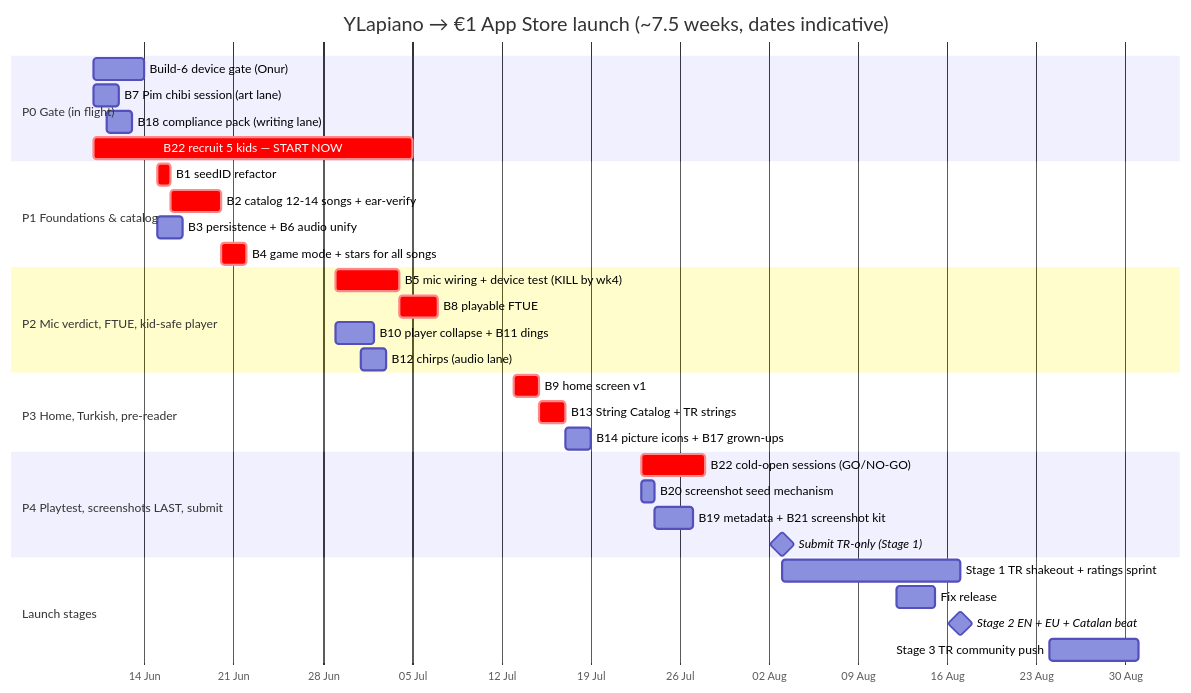
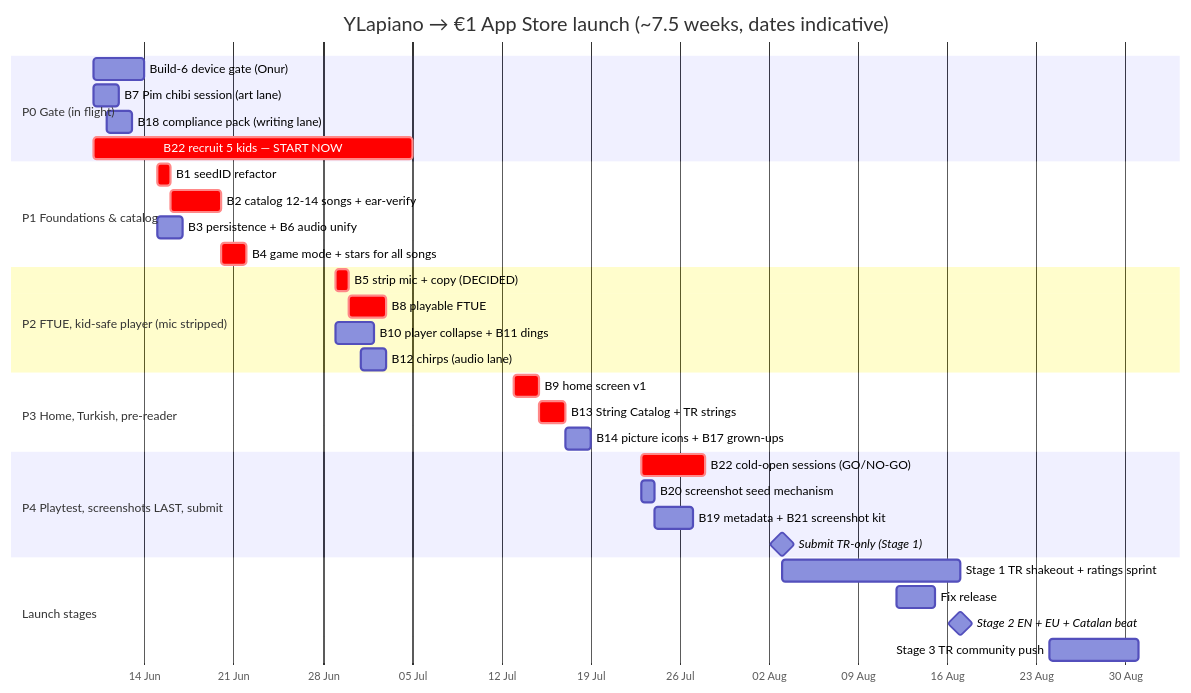
The diagram in product/roadmap.md (jnuo/Ylapiano), drawn with Mermaid before and after one commit. The commit also changed other lines of this file and 10 other files, not shown here.

````diff
--- a/product/roadmap.md
+++ b/product/roadmap.md
@@ -74,41 +78,41 @@
 ```mermaid
 gantt
     title YLapiano → €1 App Store launch (~7.5 weeks, dates indicative)
     dateFormat YYYY-MM-DD
     axisFormat %d %b
 
     section P0 Gate (in flight)
     Build-6 device gate (Onur)          :p0a, 2026-06-10, 4d
     B7 Pim chibi session (art lane)     :p0b, 2026-06-10, 2d
     B18 compliance pack (writing lane)  :p0c, 2026-06-11, 2d
     B22 recruit 5 kids — START NOW      :crit, p0d, 2026-06-10, 25d
 
     section P1 Foundations & catalog
     B1 seedID refactor                  :crit, p1a, 2026-06-15, 1d
     B2 catalog 12-14 songs + ear-verify :crit, p1b, after p1a, 4d
     B3 persistence + B6 audio unify     :p1c, 2026-06-15, 2d
     B4 game mode + stars for all songs  :crit, p1d, after p1b, 2d
 
-    section P2 Mic verdict, FTUE, kid-safe player
-    B5 mic wiring + device test (KILL by wk4) :crit, p2a, 2026-06-29, 5d
+    section P2 FTUE, kid-safe player (mic stripped)
+    B5 strip mic + copy (DECIDED)       :crit, p2a, 2026-06-29, 1d
     B8 playable FTUE                    :crit, p2b, after p2a, 3d
     B10 player collapse + B11 dings     :p2c, 2026-06-29, 3d
     B12 chirps (audio lane)             :p2d, 2026-07-01, 2d
 
     section P3 Home, Turkish, pre-reader
     B9 home screen v1                   :crit, p3a, 2026-07-13, 2d
     B13 String Catalog + TR strings     :crit, p3b, after p3a, 2d
     B14 picture icons + B17 grown-ups   :p3c, after p3b, 2d
 
     section P4 Playtest, screenshots LAST, submit
     B22 cold-open sessions (GO/NO-GO)   :crit, p4a, 2026-07-23, 5d
     B20 screenshot seed mechanism       :p4b, 2026-07-23, 1d
     B19 metadata + B21 screenshot kit   :p4c, after p4b, 3d
     Submit TR-only (Stage 1)            :milestone, m1, 2026-08-03, 0d
 
     section Launch stages
     Stage 1 TR shakeout + ratings sprint :s1, 2026-08-03, 14d
     Fix release                          :s2, 2026-08-12, 3d
     Stage 2 EN + EU + Catalan beat       :milestone, m2, 2026-08-17, 0d
     Stage 3 TR community push            :s3, 2026-08-24, 7d
 ```
````
